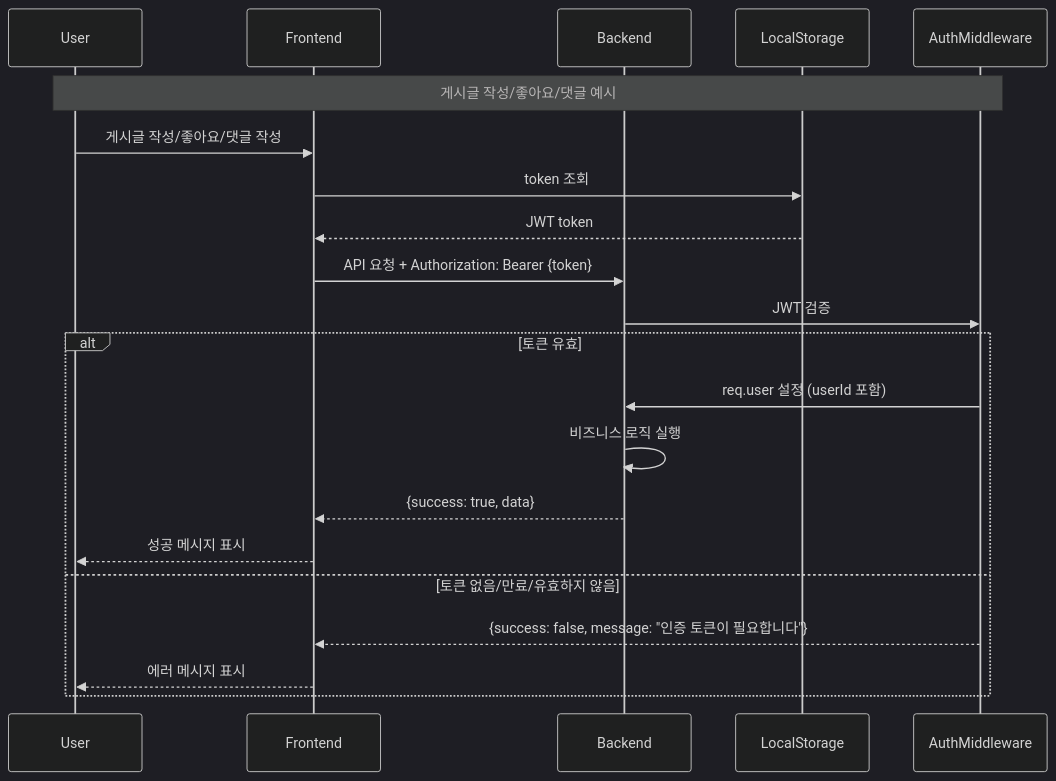
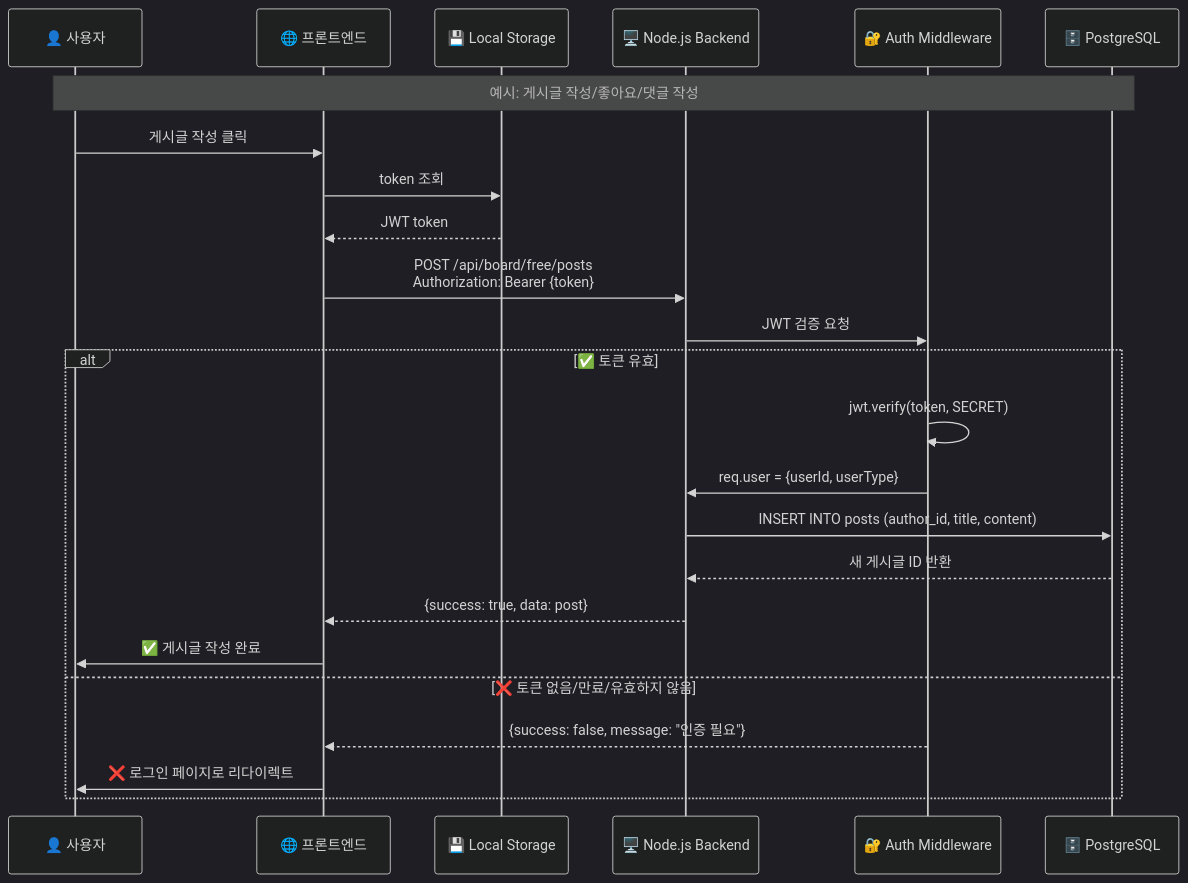
One commit to kyoe-23/DeepLearning_project changed the ninth of 12 diagrams in Architecture.md. Above: the diagram before and after it, drawn with Mermaid (dark theme). The commit also changed other lines of this file, not shown here.

````diff
--- a/Architecture.md
+++ b/Architecture.md
@@ -325,26 +523,29 @@
 ```mermaid
 sequenceDiagram
-    participant User
-    participant Frontend
-    participant Backend
-    participant LocalStorage
-    participant AuthMiddleware
+    participant User as 👤 사용자
+    participant FE as 🌐 프론트엔드
+    participant LS as 💾 Local Storage
+    participant BE as 🖥️ Node.js Backend
+    participant MW as 🔐 Auth Middleware
+    participant DB as 🗄️ PostgreSQL
 
-    Note over User,AuthMiddleware: 게시글 작성/좋아요/댓글 예시
+    Note over User,DB: 예시: 게시글 작성/좋아요/댓글 작성
 
-    User->>Frontend: 게시글 작성/좋아요/댓글 작성
-    Frontend->>LocalStorage: token 조회
-    LocalStorage-->>Frontend: JWT token
-    Frontend->>Backend: API 요청 + Authorization: Bearer {token}
-    Backend->>AuthMiddleware: JWT 검증
+    User->>FE: 게시글 작성 클릭
+    FE->>LS: token 조회
+    LS-->>FE: JWT token
+    FE->>BE: POST /api/board/free/posts<br/>Authorization: Bearer {token}
+    BE->>MW: JWT 검증 요청
 
-    alt 토큰 유효
-        AuthMiddleware->>Backend: req.user 설정 (userId 포함)
-        Backend->>Backend: 비즈니스 로직 실행
-        Backend-->>Frontend: {success: true, data}
-        Frontend-->>User: 성공 메시지 표시
-    else 토큰 없음/만료/유효하지 않음
-        AuthMiddleware-->>Frontend: {success: false, message: "인증 토큰이 필요합니다"}
-        Frontend-->>User: 에러 메시지 표시
+    alt ✅ 토큰 유효
+        MW->>MW: jwt.verify(token, SECRET)
+        MW->>BE: req.user = {userId, userType}
+        BE->>DB: INSERT INTO posts (author_id, title, content)
+        DB-->>BE: 새 게시글 ID 반환
+        BE-->>FE: {success: true, data: post}
+        FE->>User: ✅ 게시글 작성 완료
+    else ❌ 토큰 없음/만료/유효하지 않음
+        MW-->>FE: {success: false, message: "인증 필요"}
+        FE->>User: ❌ 로그인 페이지로 리다이렉트
     end
 ```
````
